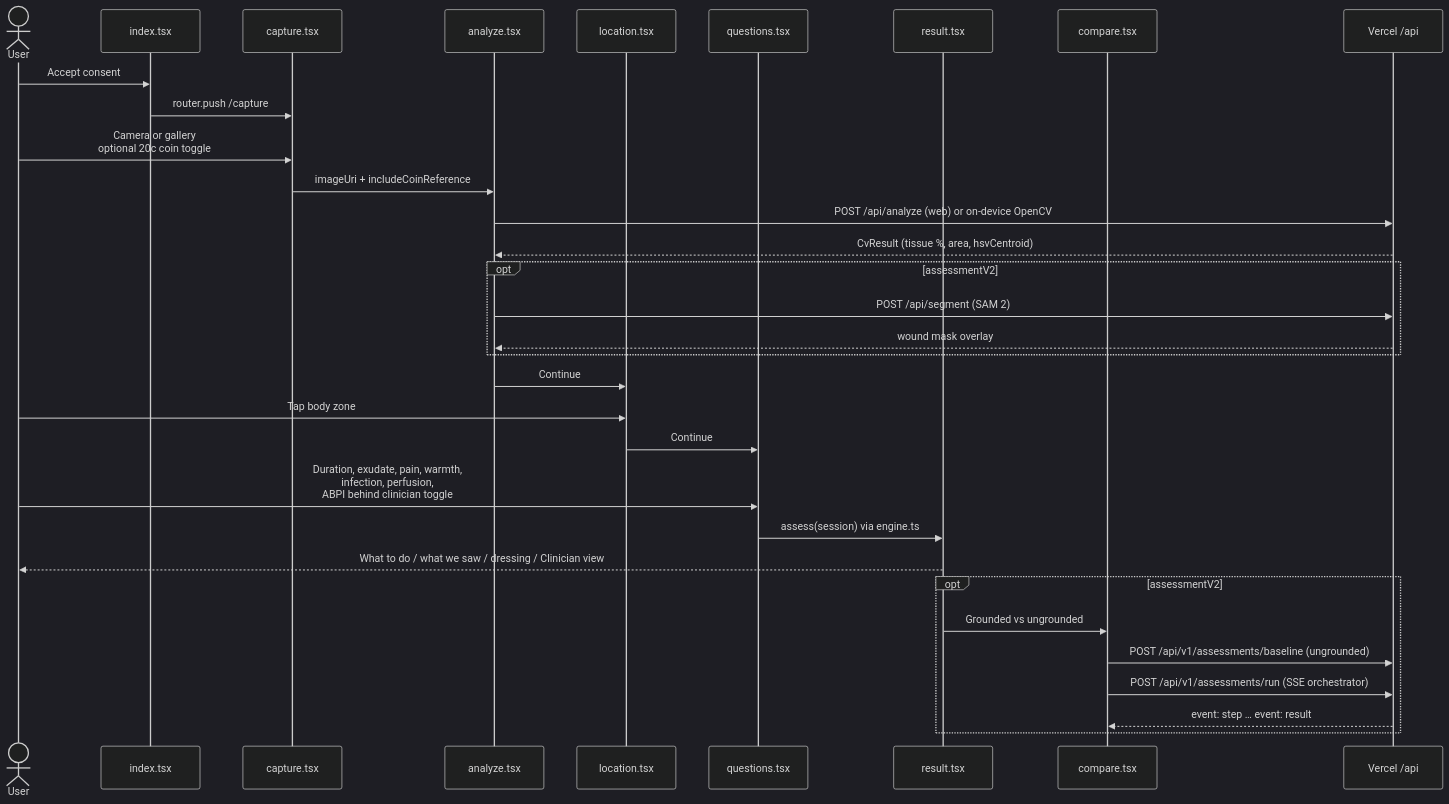
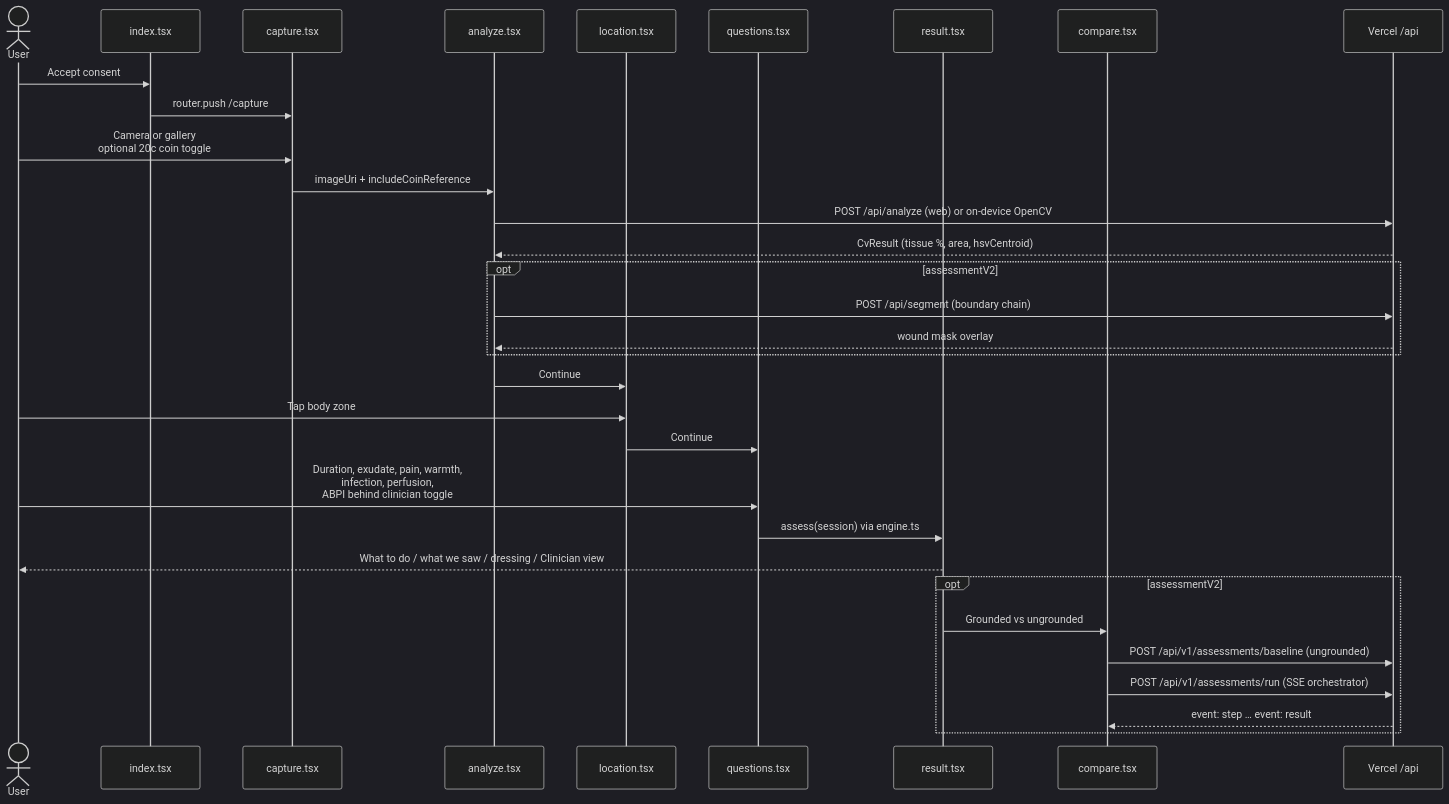
The second of 2 diagrams in docs-site/src/content/docs/architecture/index.md (minesh16/woundcare-test), drawn with Mermaid (dark theme) before and after one commit. The commit also changed other lines of this file and 33 other files, not shown here.

First line of the commit message:
feat(segment): FUSegNet on Modal + SAM 3 on fal.ai as a provider chain

````diff
--- a/docs-site/src/content/docs/architecture/index.md
+++ b/docs-site/src/content/docs/architecture/index.md
@@ -75,35 +75,35 @@
 ```mermaid
 sequenceDiagram
   actor User
   participant Welcome as index.tsx
   participant Capture as capture.tsx
   participant Analyze as analyze.tsx
   participant Location as location.tsx
   participant Questions as questions.tsx
   participant Result as result.tsx
   participant Compare as compare.tsx
   participant API as Vercel /api
 
   User->>Welcome: Accept consent
   Welcome->>Capture: router.push /capture
   User->>Capture: Camera or gallery<br/>optional 20c coin toggle
   Capture->>Analyze: imageUri + includeCoinReference
   Analyze->>API: POST /api/analyze (web) or on-device OpenCV
   API-->>Analyze: CvResult (tissue %, area, hsvCentroid)
   opt assessmentV2
-    Analyze->>API: POST /api/segment (SAM 2)
+    Analyze->>API: POST /api/segment (boundary chain)
     API-->>Analyze: wound mask overlay
   end
   Analyze->>Location: Continue
   User->>Location: Tap body zone
   Location->>Questions: Continue
   User->>Questions: Duration, exudate, pain, warmth,<br/>infection, perfusion,<br/>ABPI behind clinician toggle
   Questions->>Result: assess(session) via engine.ts
   Result-->>User: What to do / what we saw / dressing / Clinician view
   opt assessmentV2
     Result->>Compare: Grounded vs ungrounded
     Compare->>API: POST /api/v1/assessments/baseline (ungrounded)
     Compare->>API: POST /api/v1/assessments/run (SSE orchestrator)
     API-->>Compare: event: step … event: result
   end
 ```
````
